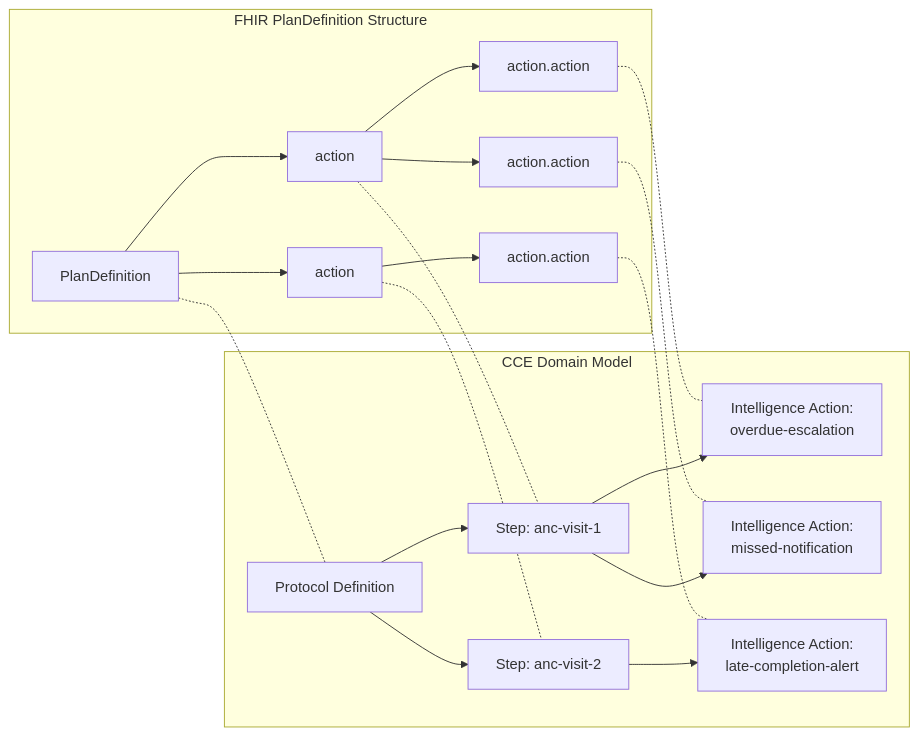
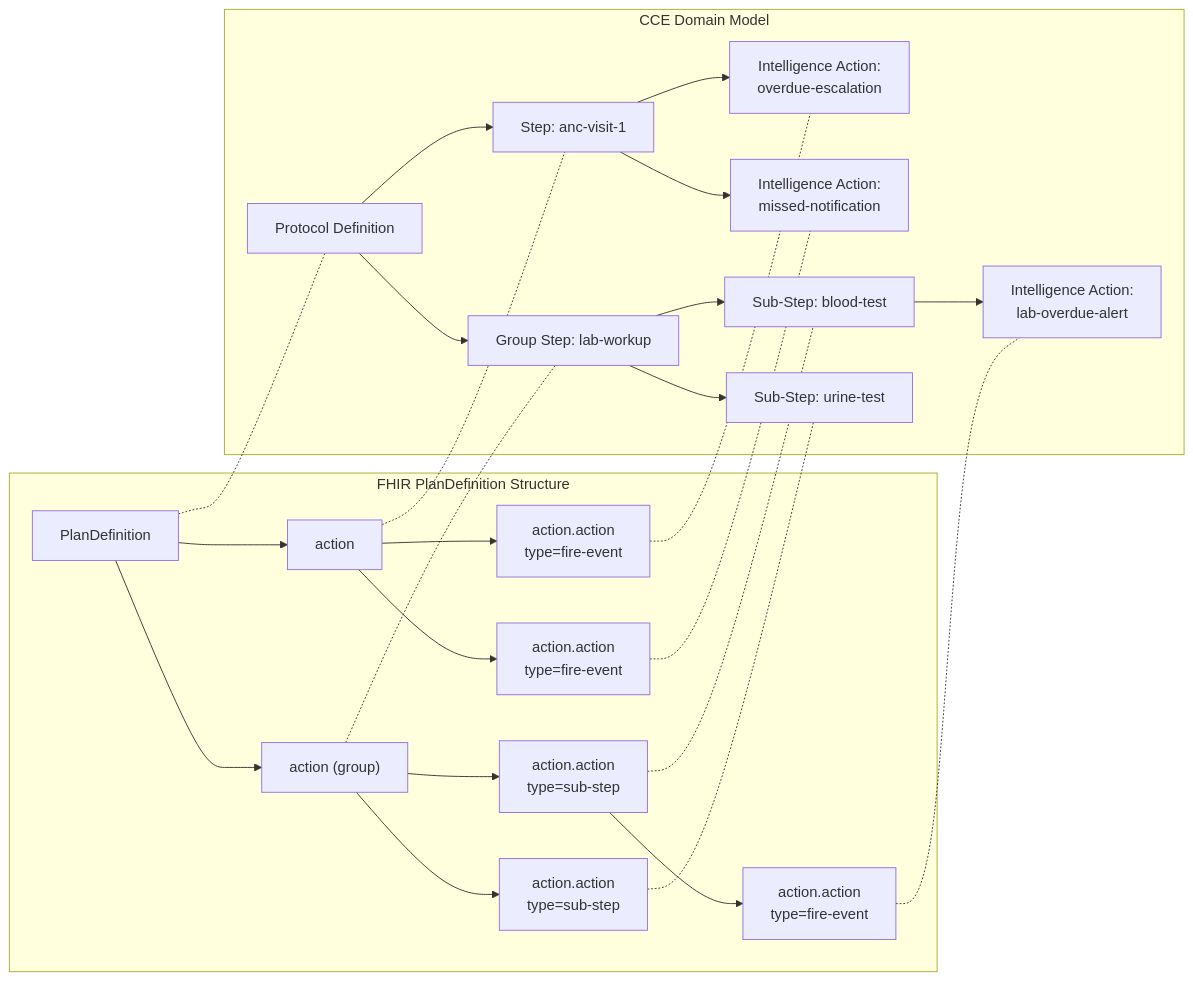
The eighth of 9 diagrams in docs/architecture-overview.md (Jayaprakash8887/cce-compliance-service), drawn with Mermaid before and after one commit. The commit also changed other lines of this file and 3 other files, not shown here.

Commit message:
feat: add sub-step group support and schema optimizations for compliance tracking

````diff
--- a/docs/architecture-overview.md
+++ b/docs/architecture-overview.md
@@ -521,39 +523,49 @@
 ```mermaid
 flowchart LR
     subgraph "FHIR PlanDefinition Structure"
         PD["PlanDefinition"]
         A1["action"]
-        A2["action"]
-        IA1["action.action"]
-        IA2["action.action"]  
-        IA3["action.action"]
+        A2["action (group)"]
+        IA1["action.action<br/>type=fire-event"]
+        IA2["action.action<br/>type=fire-event"]  
+        SS1["action.action<br/>type=sub-step"]
+        SS2["action.action<br/>type=sub-step"]
+        IA3["action.action<br/>type=fire-event"]
 
         PD --> A1
         PD --> A2
         A1 --> IA1
         A1 --> IA2
-        A2 --> IA3
+        A2 --> SS1
+        A2 --> SS2
+        SS1 --> IA3
     end
 
     subgraph "CCE Domain Model"
         PROTO["Protocol Definition"]
         S1["Step: anc-visit-1"]
-        S2["Step: anc-visit-2"]
+        S2["Group Step: lab-workup"]
         R1["Intelligence Action:<br/>overdue-escalation"]
         R2["Intelligence Action:<br/>missed-notification"]
-        R3["Intelligence Action:<br/>late-completion-alert"]
+        SUB1["Sub-Step: blood-test"]
+        SUB2["Sub-Step: urine-test"]
+        R3["Intelligence Action:<br/>lab-overdue-alert"]
 
         PROTO --> S1
         PROTO --> S2
         S1 --> R1
         S1 --> R2
-        S2 --> R3
+        S2 --> SUB1
+        S2 --> SUB2
+        SUB1 --> R3
     end
 
     PD -.- PROTO
     A1 -.- S1
     A2 -.- S2
     IA1 -.- R1
     IA2 -.- R2
+    SS1 -.- SUB1
+    SS2 -.- SUB2
     IA3 -.- R3
 ```
````
